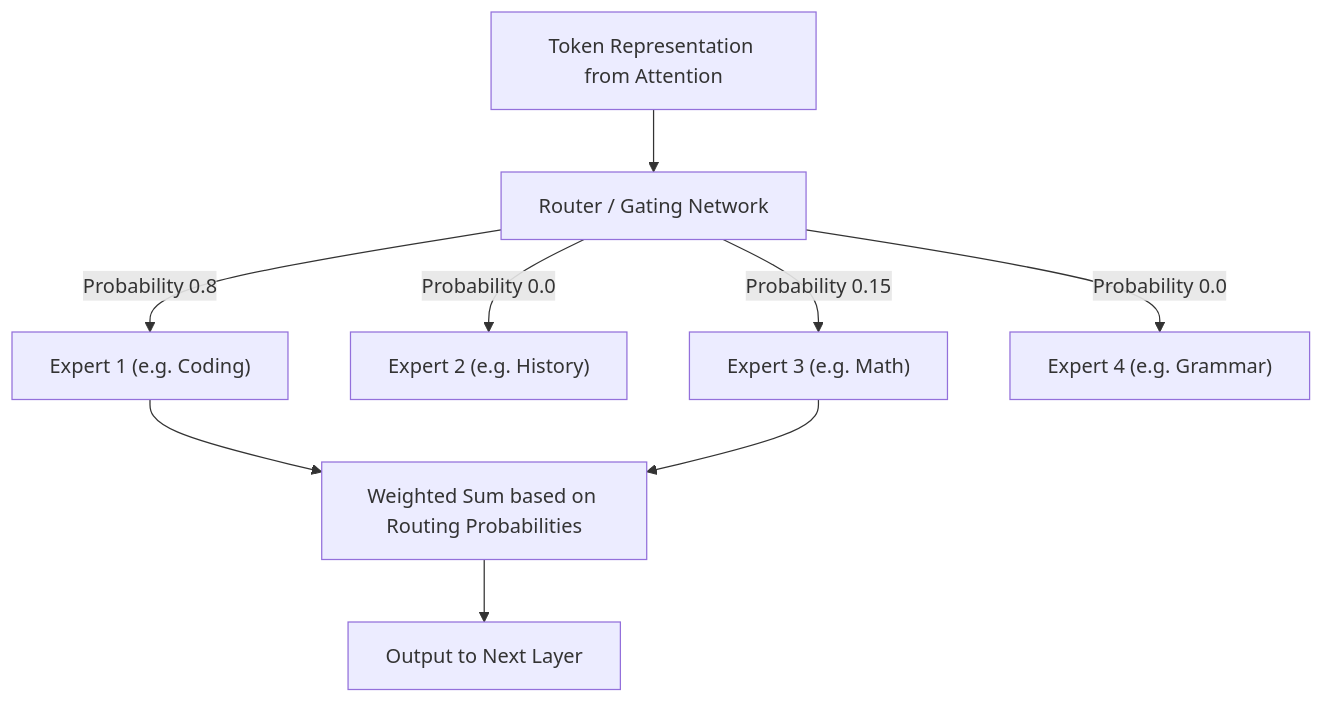
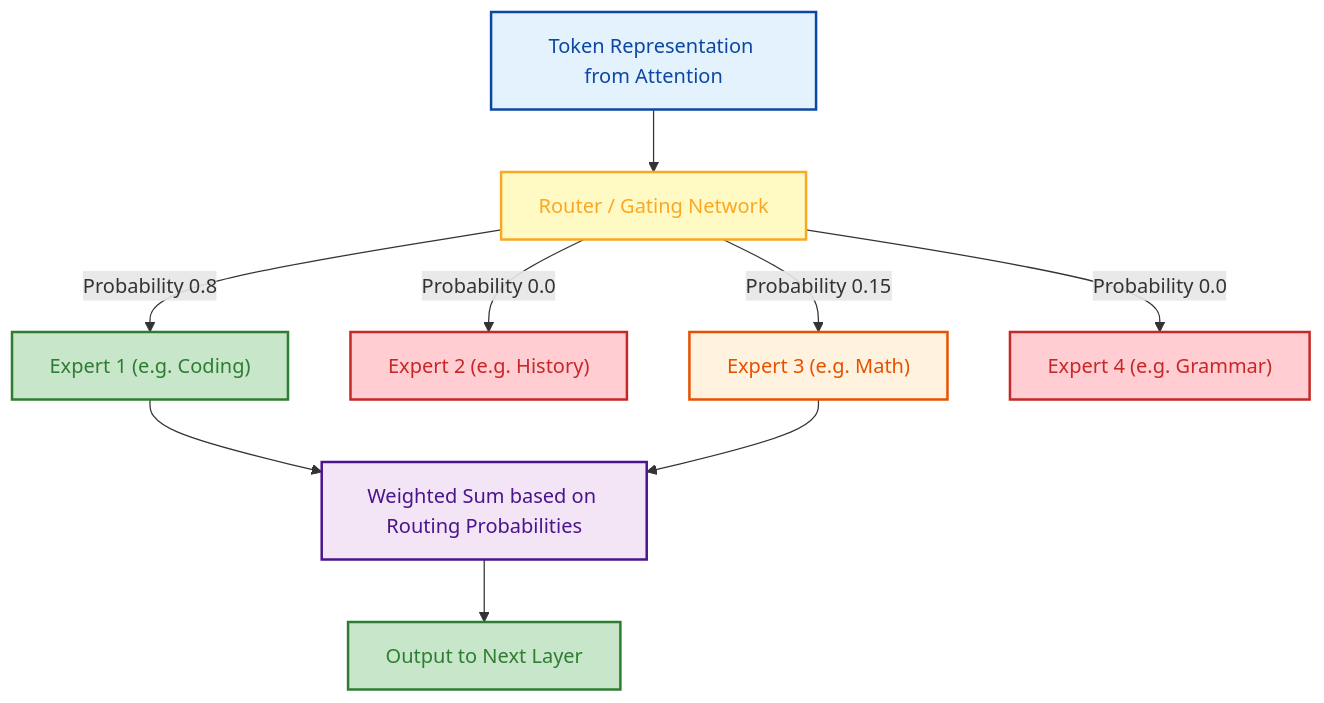
One commit to GyanendraChaubey/AI-Engineering-Notes changed the second of 2 diagrams in docs/07-language-models/README.md. Above: the diagram before and after it, drawn with Mermaid. The commit also changed other lines of this file and 15 other files, not shown here.

Commit message:
style: apply light color palette to remaining Mermaid diagrams (docs 15 & 16)

````diff
--- a/docs/07-language-models/README.md
+++ b/docs/07-language-models/README.md
@@ -143,13 +154,21 @@
 ```mermaid
 flowchart TD
     A["Token Representation from Attention"] --> B["Router / Gating Network"]
     
     B -->|"Probability 0.8"| C["Expert 1 (e.g. Coding)"]
     B -->|"Probability 0.0"| D["Expert 2 (e.g. History)"]
     B -->|"Probability 0.15"| E["Expert 3 (e.g. Math)"]
     B -->|"Probability 0.0"| F["Expert 4 (e.g. Grammar)"]
     
     C --> G["Weighted Sum based on Routing Probabilities"]
     E --> G
     G --> H["Output to Next Layer"]
+    style A fill:#e3f2fd,stroke:#0d47a1,stroke-width:2px,color:#0d47a1
+    style B fill:#fff9c4,stroke:#f9a825,stroke-width:2px,color:#f9a825
+    style C fill:#c8e6c9,stroke:#2e7d32,stroke-width:2px,color:#2e7d32
+    style D fill:#ffcdd2,stroke:#c62828,stroke-width:2px,color:#c62828
+    style E fill:#fff3e0,stroke:#e65100,stroke-width:2px,color:#e65100
+    style F fill:#ffcdd2,stroke:#c62828,stroke-width:2px,color:#c62828
+    style G fill:#f3e5f5,stroke:#4a148c,stroke-width:2px,color:#4a148c
+    style H fill:#c8e6c9,stroke:#2e7d32,stroke-width:2px,color:#2e7d32
 ```
````
